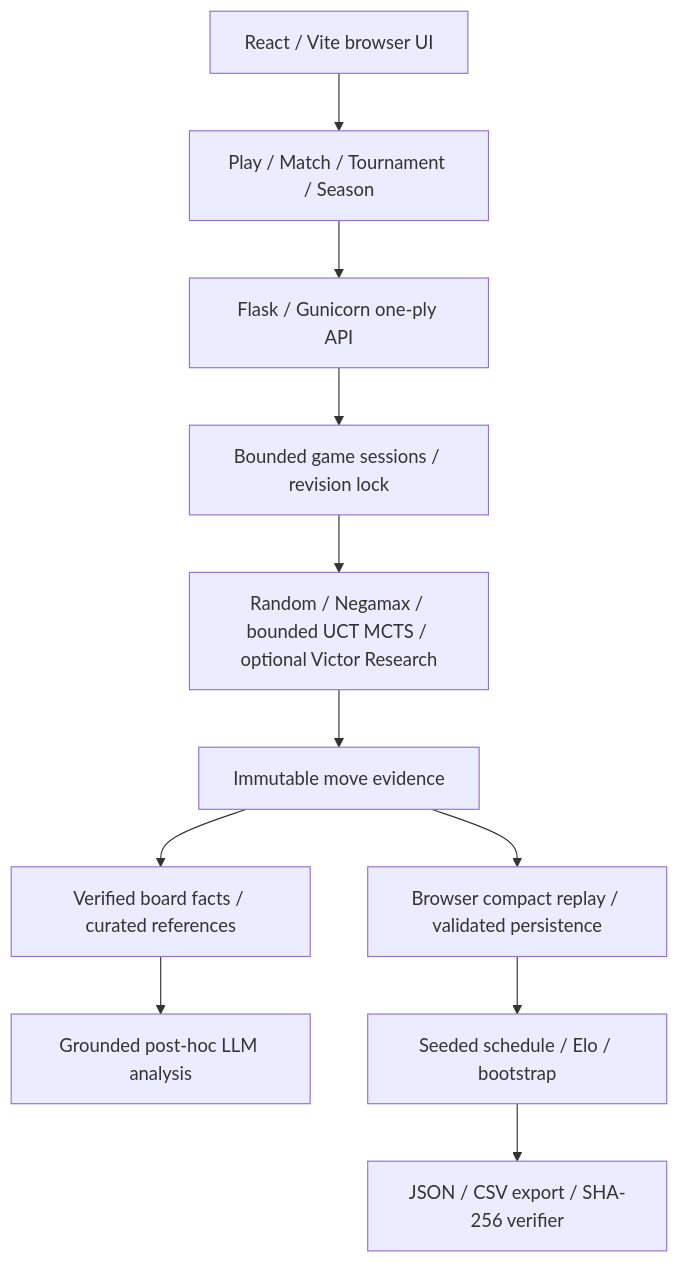
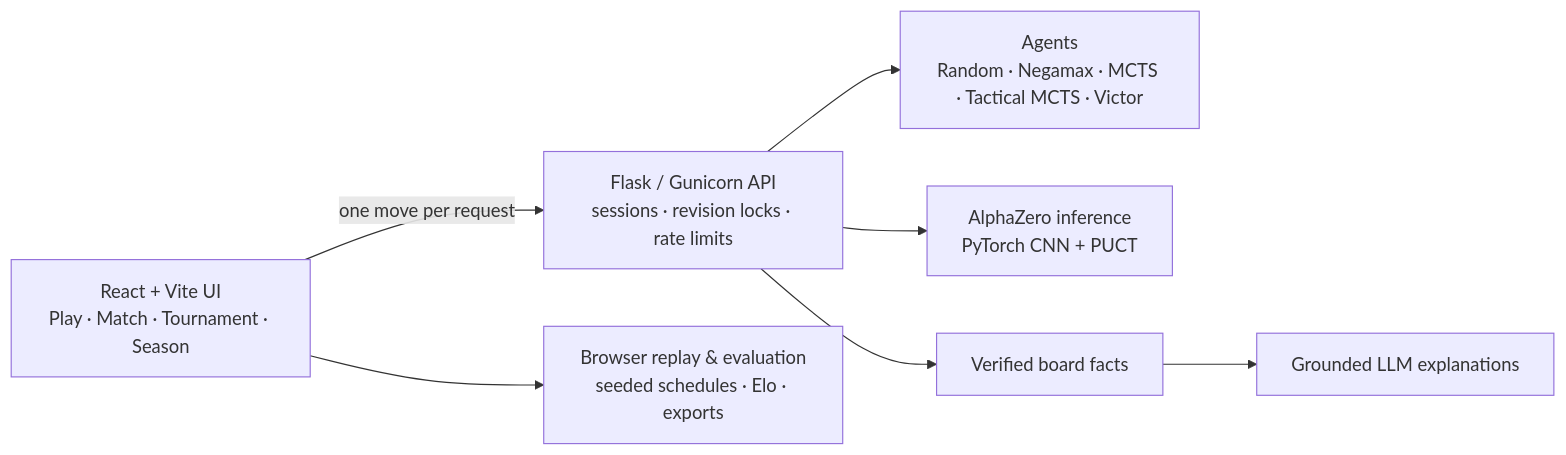
The diagram in README.md (andrewcukierwar/board-game-ai-lab), drawn with Mermaid before and after one commit. The commit also changed other lines of this file and 19 other files, not shown here.

````diff
--- a/README.md
+++ b/README.md
@@ -63,13 +50,8 @@
 ```mermaid
-flowchart TD
-    UI[React / Vite browser UI] --> Labs[Play / Match / Tournament / Season]
-    Labs --> API[Flask / Gunicorn one-ply API]
-    API --> Session[Bounded game sessions / revision lock]
-    Session --> Agents[Random / Negamax / bounded UCT MCTS / optional Victor Research]
-    Agents --> Evidence[Immutable move evidence]
-    Evidence --> Replay[Browser compact replay / validated persistence]
-    Evidence --> Grounding[Verified board facts / curated references]
-    Grounding --> LLM[Grounded post-hoc LLM analysis]
-    Replay --> Evaluation[Seeded schedule / Elo / bootstrap]
-    Evaluation --> Export[JSON / CSV export / SHA-256 verifier]
+flowchart LR
+    UI["React + Vite UI<br/>Play · Match · Tournament · Season"] -->|"one move per request"| API["Flask / Gunicorn API<br/>sessions · revision locks · rate limits"]
+    API --> Agents["Agents<br/>Random · Negamax · MCTS · Tactical MCTS · Victor"]
+    API --> AZ["AlphaZero inference<br/>PyTorch CNN + PUCT"]
+    API --> Facts["Verified board facts"] --> LLM["Grounded LLM explanations"]
+    UI --> Eval["Browser replay & evaluation<br/>seeded schedules · Elo · exports"]
 ```
````
